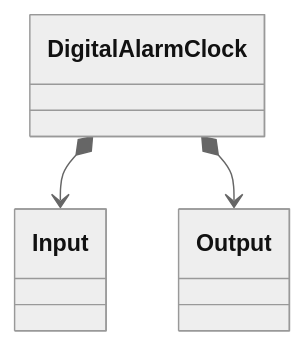
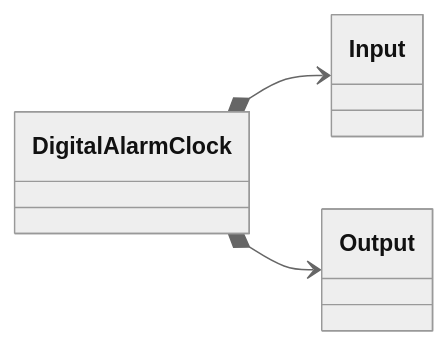
The diagram in README.md (vermilion9312/digital-alarm-clock), drawn with Mermaid (neutral theme) before and after one commit.

Commit message:
Update README with class diagram

````diff
--- a/README.md
+++ b/README.md
@@ -4,15 +4,16 @@
 ```mermaid
 classDiagram
+direction LR
 
 class Input {
 }
 
 class Output {
 }
 
 class DigitalAlarmClock {
 }
 
 DigitalAlarmClock *--> Input
 DigitalAlarmClock *--> Output
 ```
````
